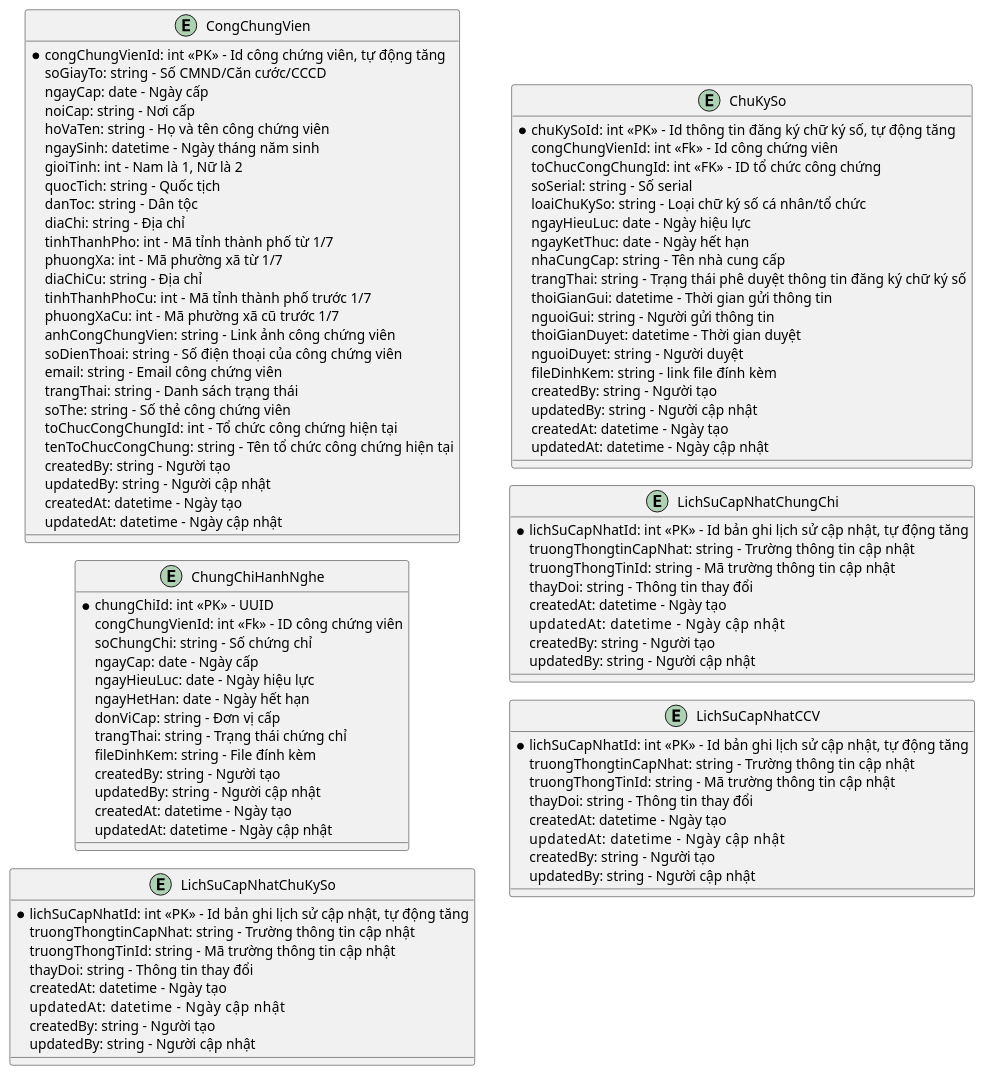
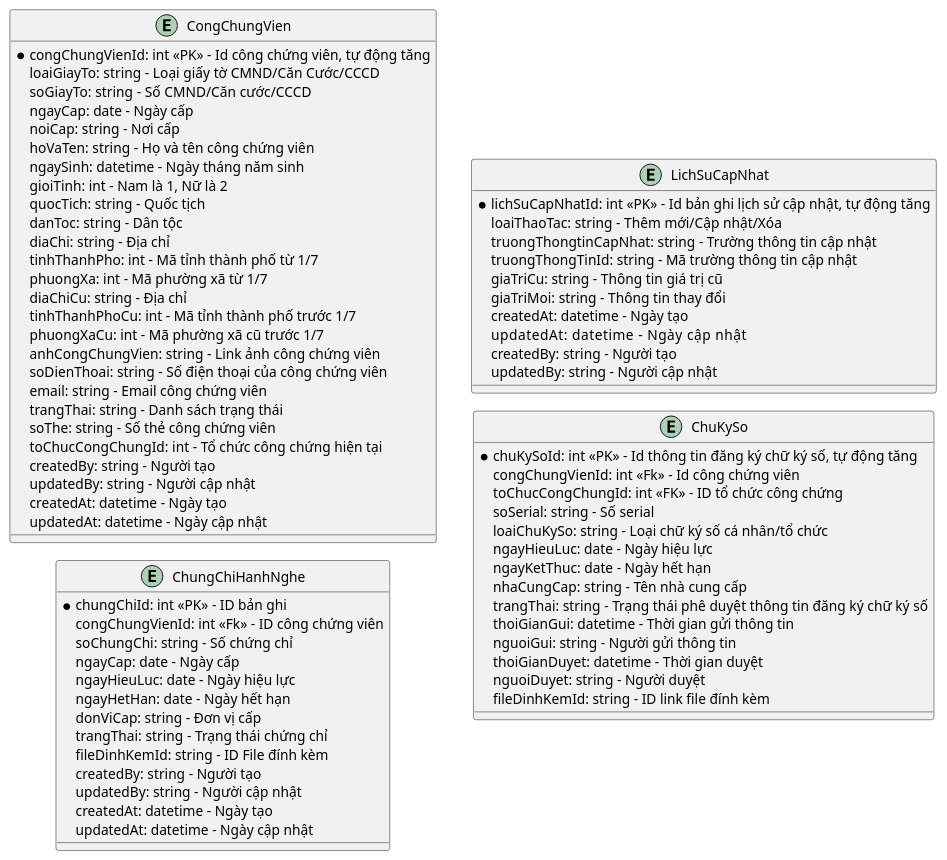
Before and after one commit to phuongpm23/nds-docs-test: the diagram in Quản lý công chứng viên/3.ldm.puml, drawn with PlantUML. The commit also changed 26 other files, not shown here.

Commit message:
Update ERD

```diff
--- a/Quản lý công chứng viên/3.ldm.puml
+++ b/Quản lý công chứng viên/3.ldm.puml
@@ -1,109 +1,86 @@
 @startuml ldm
 !pragma layout smetana
 left to right direction
 
 entity CongChungVien
 entity ChungChiHanhNghe
-entity LichSuCapNhatChuKySo
+entity LichSuCapNhat
 entity ChuKySo
-entity LichSuCapNhatChungChi
-entity LichSuCapNhatCCV
 
 entity CongChungVien {
   *congChungVienId: int <<PK>> - Id công chứng viên, tự động tăng
+  loaiGiayTo: string - Loại giấy tờ CMND/Căn Cước/CCCD
   soGiayTo: string - Số CMND/Căn cước/CCCD 
   ngayCap: date - Ngày cấp
   noiCap: string - Nơi cấp
   hoVaTen: string - Họ và tên công chứng viên
   ngaySinh: datetime - Ngày tháng năm sinh
   gioiTinh: int - Nam là 1, Nữ là 2
   quocTich: string - Quốc tịch
   danToc: string - Dân tộc
   diaChi: string - Địa chỉ
   tinhThanhPho: int - Mã tỉnh thành phố từ 1/7
   phuongXa: int - Mã phường xã từ 1/7
   diaChiCu: string - Địa chỉ
   tinhThanhPhoCu: int - Mã tỉnh thành phố trước 1/7
   phuongXaCu: int - Mã phường xã cũ trước 1/7
   anhCongChungVien: string - Link ảnh công chứng viên
   soDienThoai: string - Số điện thoại của công chứng viên
   email: string - Email công chứng viên
   trangThai: string - Danh sách trạng thái
   soThe: string - Số thẻ công chứng viên
   toChucCongChungId: int - Tổ chức công chứng hiện tại
-  tenToChucCongChung: string - Tên tổ chức công chứng hiện tại
   createdBy: string - Người tạo
   updatedBy: string - Người cập nhật
   createdAt: datetime - Ngày tạo
   updatedAt: datetime - Ngày cập nhật
+  
 }
 
 entity ChungChiHanhNghe {
-  *chungChiId: int <<PK>> - UUID
+  *chungChiId: int <<PK>> - ID bản ghi
   congChungVienId: int <<Fk>> - ID công chứng viên
   soChungChi: string - Số chứng chỉ
   ngayCap: date - Ngày cấp
   ngayHieuLuc: date - Ngày hiệu lực
   ngayHetHan: date - Ngày hết hạn
   donViCap: string - Đơn vị cấp
   trangThai: string - Trạng thái chứng chỉ
-  fileDinhKem: string - File đính kèm
+  fileDinhKemId: string - ID File đính kèm
   createdBy: string - Người tạo
   updatedBy: string - Người cập nhật
   createdAt: datetime - Ngày tạo
   updatedAt: datetime - Ngày cập nhật
 }
 
 entity ChuKySo {
   *chuKySoId: int <<PK>> - Id thông tin đăng ký chữ ký số, tự động tăng
   congChungVienId: int <<Fk>> - Id công chứng viên
   toChucCongChungId: int <<FK>> - ID tổ chức công chứng
   soSerial: string - Số serial
   loaiChuKySo: string - Loại chữ ký số cá nhân/tổ chức
   ngayHieuLuc: date - Ngày hiệu lực
   ngayKetThuc: date - Ngày hết hạn
   nhaCungCap: string - Tên nhà cung cấp
   trangThai: string - Trạng thái phê duyệt thông tin đăng ký chữ ký số
   thoiGianGui: datetime - Thời gian gửi thông tin
   nguoiGui: string - Người gửi thông tin
   thoiGianDuyet: datetime - Thời gian duyệt
   nguoiDuyet: string - Người duyệt
-  fileDinhKem: string - link file đính kèm
-  createdBy: string - Người tạo
-  updatedBy: string - Người cập nhật
-  createdAt: datetime - Ngày tạo
-  updatedAt: datetime - Ngày cập nhật
+  fileDinhKemId: string - ID link file đính kèm
 }
 
-entity LichSuCapNhatCCV {
+entity LichSuCapNhat {
   *lichSuCapNhatId: int <<PK>> - Id bản ghi lịch sử cập nhật, tự động tăng
+  loaiThaoTac: string - Thêm mới/Cập nhật/Xóa
   truongThongtinCapNhat: string - Trường thông tin cập nhật
   truongThongTinId: string - Mã trường thông tin cập nhật
-  thayDoi: string - Thông tin thay đổi
-  createdAt: datetime - Ngày tạo
-  updatedAt: datetime      - Ngày cập nhật
-  createdBy: string - Người tạo
-  updatedBy: string - Người cập nhật
-}
-entity LichSuCapNhatChuKySo {
-  *lichSuCapNhatId: int <<PK>> - Id bản ghi lịch sử cập nhật, tự động tăng
-  truongThongtinCapNhat: string - Trường thông tin cập nhật
-  truongThongTinId: string - Mã trường thông tin cập nhật
-  thayDoi: string - Thông tin thay đổi
-  createdAt: datetime - Ngày tạo
-  updatedAt: datetime      - Ngày cập nhật
-  createdBy: string - Người tạo
-  updatedBy: string - Người cập nhật
-}
-entity LichSuCapNhatChungChi {
-  *lichSuCapNhatId: int <<PK>> - Id bản ghi lịch sử cập nhật, tự động tăng
-  truongThongtinCapNhat: string - Trường thông tin cập nhật
-  truongThongTinId: string - Mã trường thông tin cập nhật
-  thayDoi: string - Thông tin thay đổi
+  giaTriCu: string - Thông tin giá trị cũ
+  giaTriMoi: string - Thông tin thay đổi
   createdAt: datetime - Ngày tạo
   updatedAt: datetime      - Ngày cập nhật
   createdBy: string - Người tạo
   updatedBy: string - Người cập nhật
 }
 
 @enduml
```
